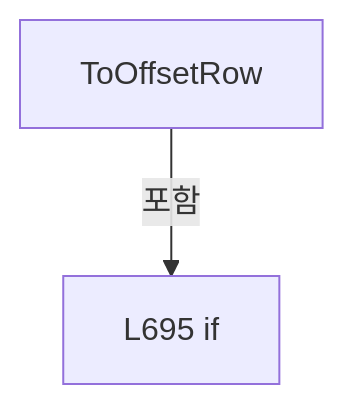
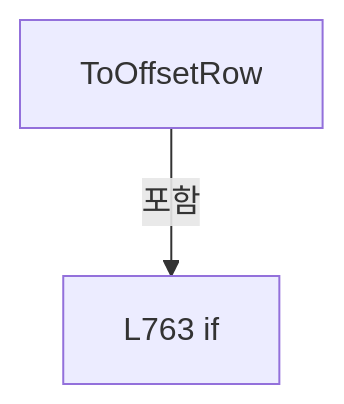
One commit to kjuws10-rgb/Shared changed diagram 18 of 19 in A3 LD Code Ref/files/Drilling.File/ReviewOffset/CReviewOffsetFile.cs.md. Above: the diagram before and after it, drawn with Mermaid. The commit also changed other lines of this file and 2071 other files, not shown here.

Commit message:
docs(a3): update 11.19.0 architecture and code reference

````diff
--- a/A3 LD Code Ref/files/Drilling.File/ReviewOffset/CReviewOffsetFile.cs.md
+++ b/A3 LD Code Ref/files/Drilling.File/ReviewOffset/CReviewOffsetFile.cs.md
@@ -2167,6 +2296,6 @@
 ```mermaid
 flowchart TD
  M["ToOffsetRow"]
- N0["L695 if"]
+ N0["L763 if"]
  M -->|포함| N0
 ```
````
